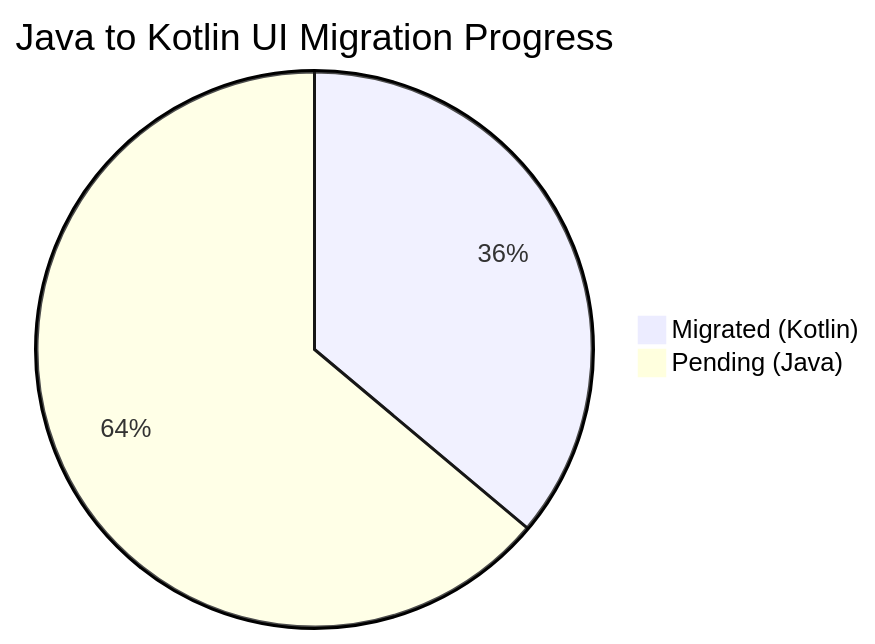
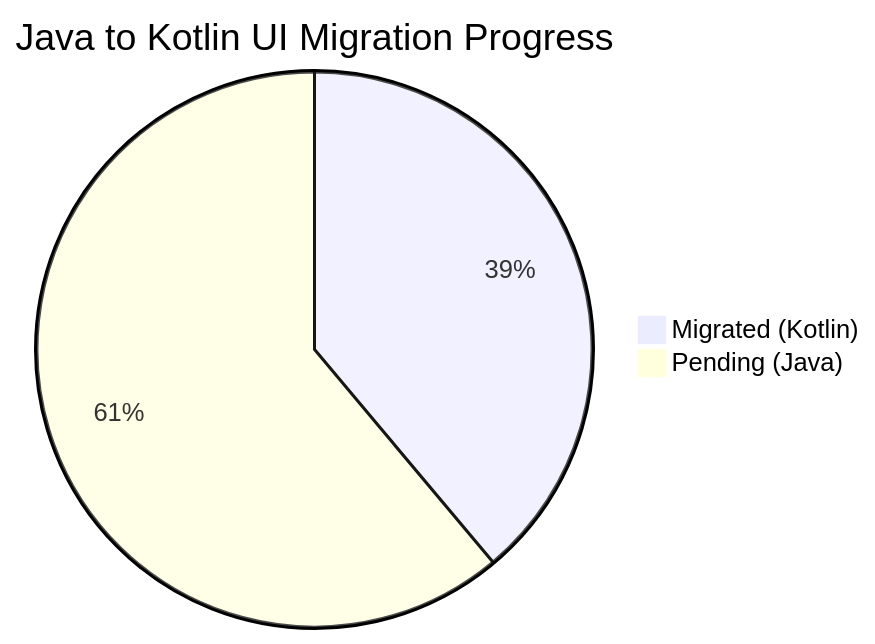
The second of 2 diagrams in README.md (solomonrajan/cashledger), drawn with Mermaid before and after one commit. The commit also changed other lines of this file and 2 other files, not shown here.

Commit message:
refactor: migrate ImportExportActivity to Kotlin
This commit translates the massive ImportExportActivity to idiomatic Kotlin, completing the initial batch of UI activity migrations requested.

````diff
--- a/README.md
+++ b/README.md
@@ -158,5 +158,5 @@
 ```mermaid
 pie title Java to Kotlin UI Migration Progress
-    "Migrated (Kotlin)" : 13
-    "Pending (Java)" : 23
+    "Migrated (Kotlin)" : 14
+    "Pending (Java)" : 22
 ```
````
